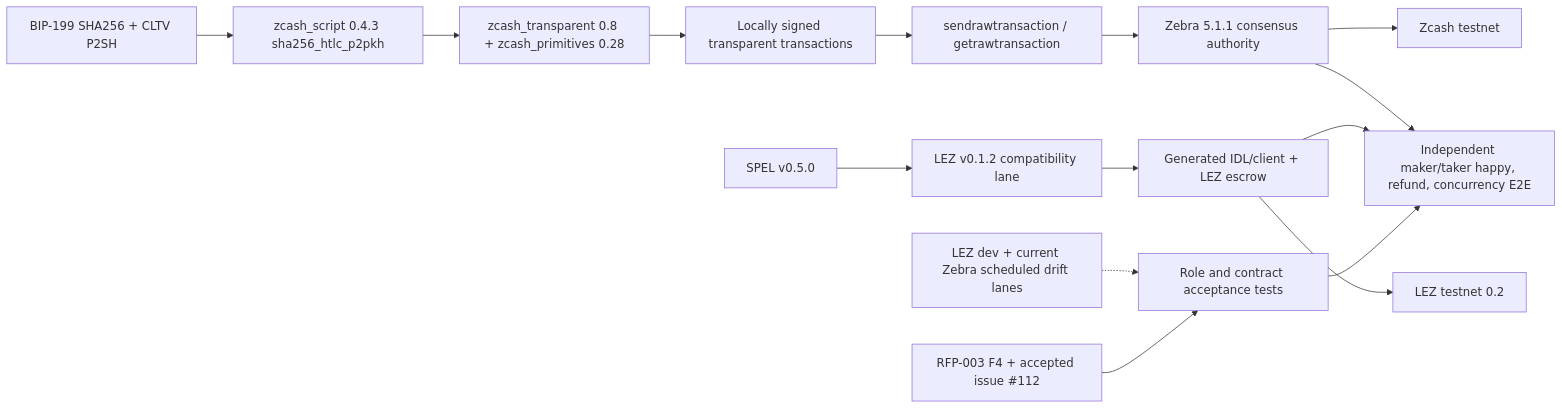
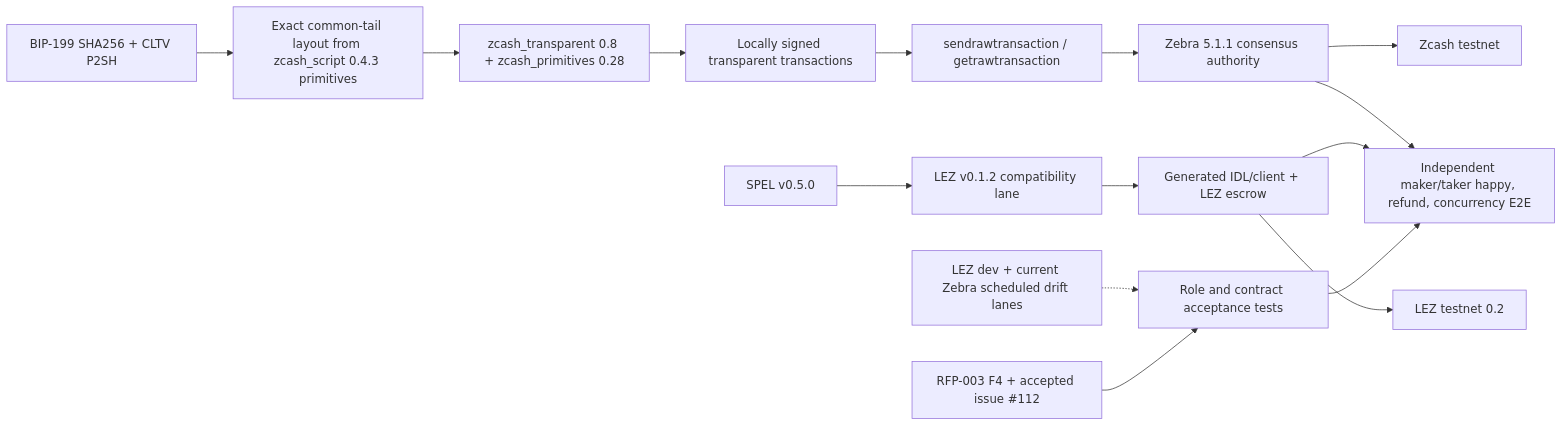
The diagram in docs/architecture/0014-zec-m2-implementation-pins.md (gateway-fm/lez-atomic-swaps), drawn with Mermaid before and after one commit. The commit also changed other lines of this file and 1 other file, not shown here.

Commit message:
docs: require exact BIP-199 script layout

````diff
--- a/docs/architecture/0014-zec-m2-implementation-pins.md
+++ b/docs/architecture/0014-zec-m2-implementation-pins.md
@@ -5,17 +5,17 @@
 ```mermaid
 flowchart LR
     Contract["RFP-003 F4 + accepted issue #112"] --> Tests["Role and contract acceptance tests"]
-    BIP["BIP-199 SHA256 + CLTV P2SH"] --> Script["zcash_script 0.4.3 sha256_htlc_p2pkh"]
+    BIP["BIP-199 SHA256 + CLTV P2SH"] --> Script["Exact common-tail layout from zcash_script 0.4.3 primitives"]
     Script --> Tx["zcash_transparent 0.8 + zcash_primitives 0.28"]
     Tx --> Raw["Locally signed transparent transactions"]
     Raw --> RPC["sendrawtransaction / getrawtransaction"]
     RPC --> Zebra["Zebra 5.1.1 consensus authority"]
     Zebra --> ZTest["Zcash testnet"]
     SPEL["SPEL v0.5.0"] --> Compat["LEZ v0.1.2 compatibility lane"]
     Compat --> Escrow["Generated IDL/client + LEZ escrow"]
     Escrow --> LezTest["LEZ testnet 0.2"]
     Drift["LEZ dev + current Zebra scheduled drift lanes"] -.-> Tests
     Tests --> Roles["Independent maker/taker happy, refund, concurrency E2E"]
     Escrow --> Roles
     Zebra --> Roles
 ```
````
